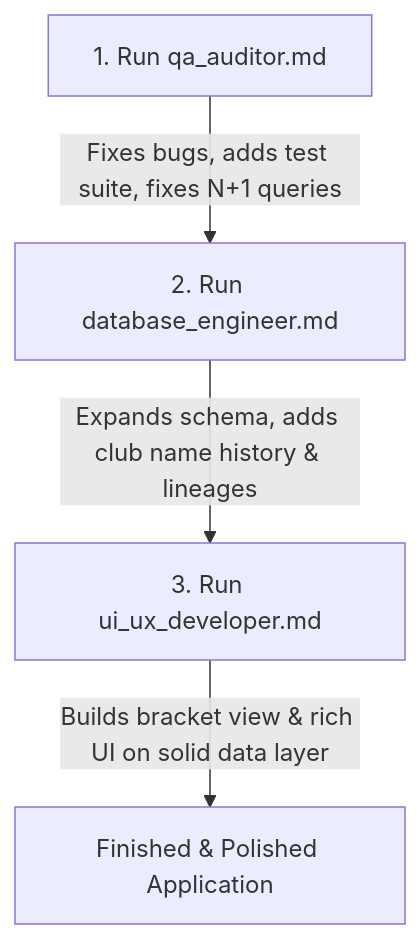
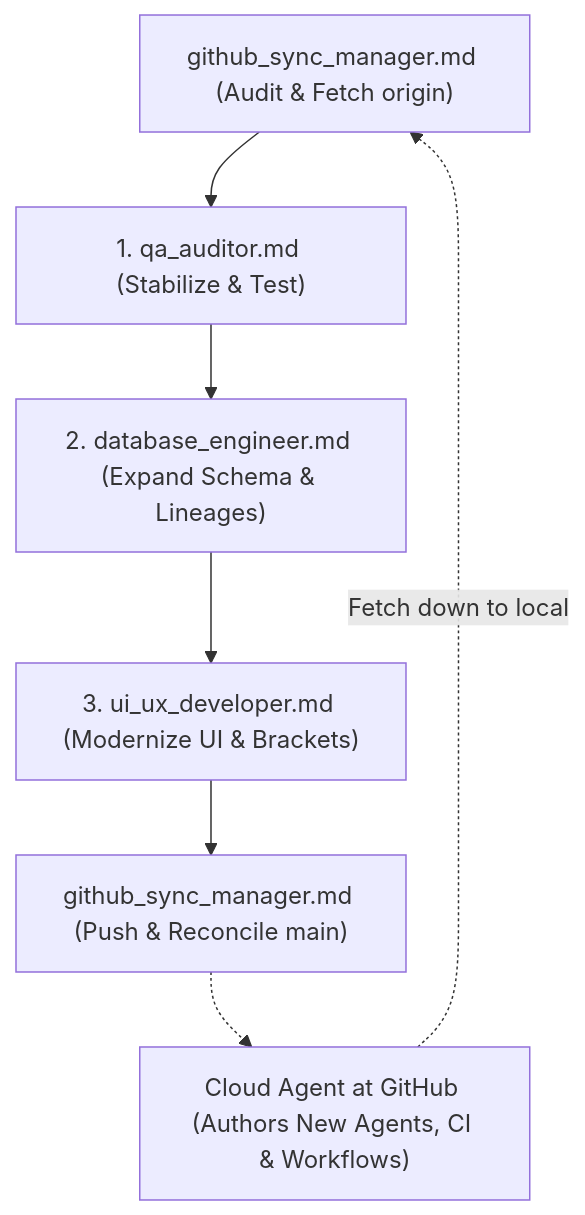
Before and after one commit to hawkers63/European-Football-Database: the diagram in agents/README.md, drawn with Mermaid. The commit also changed other lines of this file and 5 other files, not shown here.

Commit message:
Add GitHub sync manager, parity checker, and agent catalogue updates.

````diff
--- a/agents/README.md
+++ b/agents/README.md
@@ -21,6 +20,9 @@
 ```mermaid
 graph TD
-    A["1. Run qa_auditor.md"] -->|Fixes bugs, adds test suite, fixes N+1 queries| B["2. Run database_engineer.md"]
-    B -->|Expands schema, adds club name history & lineages| C["3. Run ui_ux_developer.md"]
-    C -->|Builds bracket view & rich UI on solid data layer| D["Finished & Polished Application"]
+    SyncPre["github_sync_manager.md (Audit & Fetch origin)"] --> QA["1. qa_auditor.md (Stabilize & Test)"]
+    QA --> DB["2. database_engineer.md (Expand Schema & Lineages)"]
+    DB --> UI["3. ui_ux_developer.md (Modernize UI & Brackets)"]
+    UI --> SyncPost["github_sync_manager.md (Push & Reconcile main)"]
+    SyncPost -.-> CloudAgent["Cloud Agent at GitHub (Authors New Agents, CI & Workflows)"]
+    CloudAgent -.->|Fetch down to local| SyncPre
 ```
````
